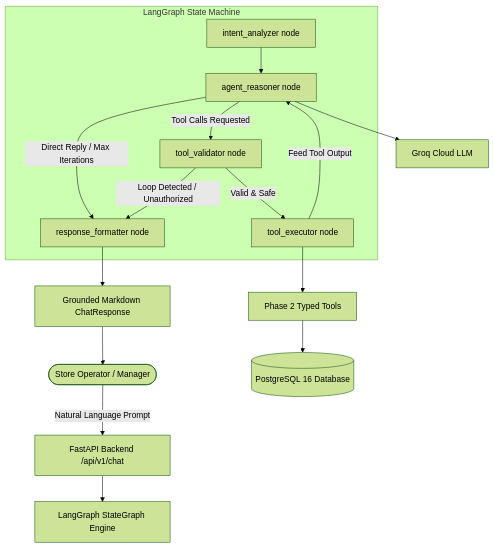
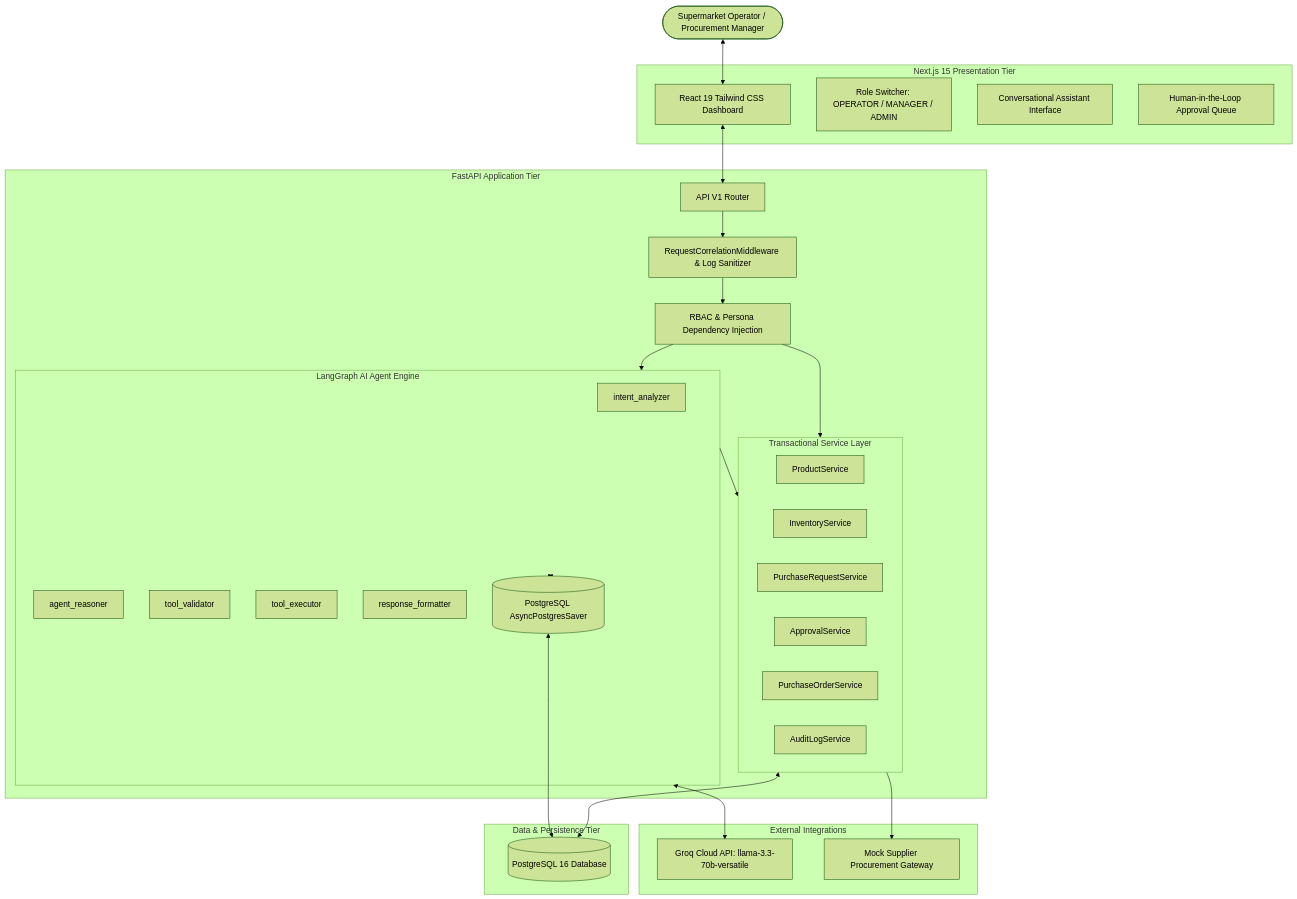
Before and after one commit to Anuradha-Herath/StockPilot-AI: the first of 2 diagrams in docs/architecture.md, drawn with Mermaid (forest theme). The commit also changed other lines of this file and 6 other files, not shown here.

````diff
--- a/docs/architecture.md
+++ b/docs/architecture.md
@@ -33,20 +13,58 @@
 ```mermaid
 flowchart TD
-    User([Store Operator / Manager]) -->|Natural Language Prompt| FastAPI[FastAPI Backend /api/v1/chat]
-    FastAPI --> LangGraph[LangGraph StateGraph Engine]
+    User([Supermarket Operator / Procurement Manager])
     
-    subgraph LangGraphState [LangGraph State Machine]
-        Intent[intent_analyzer node] --> Reasoner[agent_reasoner node]
-        Reasoner -->|Tool Calls Requested| Validator[tool_validator node]
-        Reasoner -->|Direct Reply / Max Iterations| Formatter[response_formatter node]
-        Validator -->|Valid & Safe| Executor[tool_executor node]
-        Validator -->|Loop Detected / Unauthorized| Formatter
-        Executor -->|Feed Tool Output| Reasoner
+    subgraph Frontend [Next.js 15 Presentation Tier]
+        UI[React 19 Tailwind CSS Dashboard]
+        PersonaSwitcher[Role Switcher: OPERATOR / MANAGER / ADMIN]
+        ChatWidget[Conversational Assistant Interface]
+        ApprovalTable[Human-in-the-Loop Approval Queue]
     end
 
-    Executor --> Tools[Phase 2 Typed Tools]
-    Tools --> Postgres[(PostgreSQL 16 Database)]
-    Reasoner --> Groq[Groq Cloud LLM]
-    Formatter --> Response[Grounded Markdown ChatResponse]
-    Response --> User
+    subgraph Backend [FastAPI Application Tier]
+        Router[API V1 Router]
+        CorrelationMiddleware[RequestCorrelationMiddleware & Log Sanitizer]
+        AuthDeps[RBAC & Persona Dependency Injection]
+        
+        subgraph LangGraphOrchestrator [LangGraph AI Agent Engine]
+            IntentNode[intent_analyzer]
+            ReasonerNode[agent_reasoner]
+            ValidatorNode[tool_validator]
+            ExecutorNode[tool_executor]
+            FormatterNode[response_formatter]
+            Checkpointer[(PostgreSQL AsyncPostgresSaver)]
+        end
+        
+        subgraph BusinessServices [Transactional Service Layer]
+            ProdService[ProductService]
+            InvService[InventoryService]
+            PRService[PurchaseRequestService]
+            ApprovalService[ApprovalService]
+            POService[PurchaseOrderService]
+            AuditService[AuditLogService]
+        end
+    end
+
+    subgraph ExternalServices [External Integrations]
+        GroqLLM[Groq Cloud API: llama-3.3-70b-versatile]
+        MockEDI[Mock Supplier Procurement Gateway]
+    end
+
+    subgraph DatabaseTier [Data & Persistence Tier]
+        Postgres[(PostgreSQL 16 Database)]
+    end
+
+    User <--> UI
+    UI <--> Router
+    Router --> CorrelationMiddleware --> AuthDeps
+    AuthDeps --> LangGraphOrchestrator
+    AuthDeps --> BusinessServices
+    
+    LangGraphOrchestrator <--> GroqLLM
+    LangGraphOrchestrator <--> Checkpointer
+    LangGraphOrchestrator --> BusinessServices
+    
+    BusinessServices --> MockEDI
+    BusinessServices <--> Postgres
+    Checkpointer <--> Postgres
 ```
````
